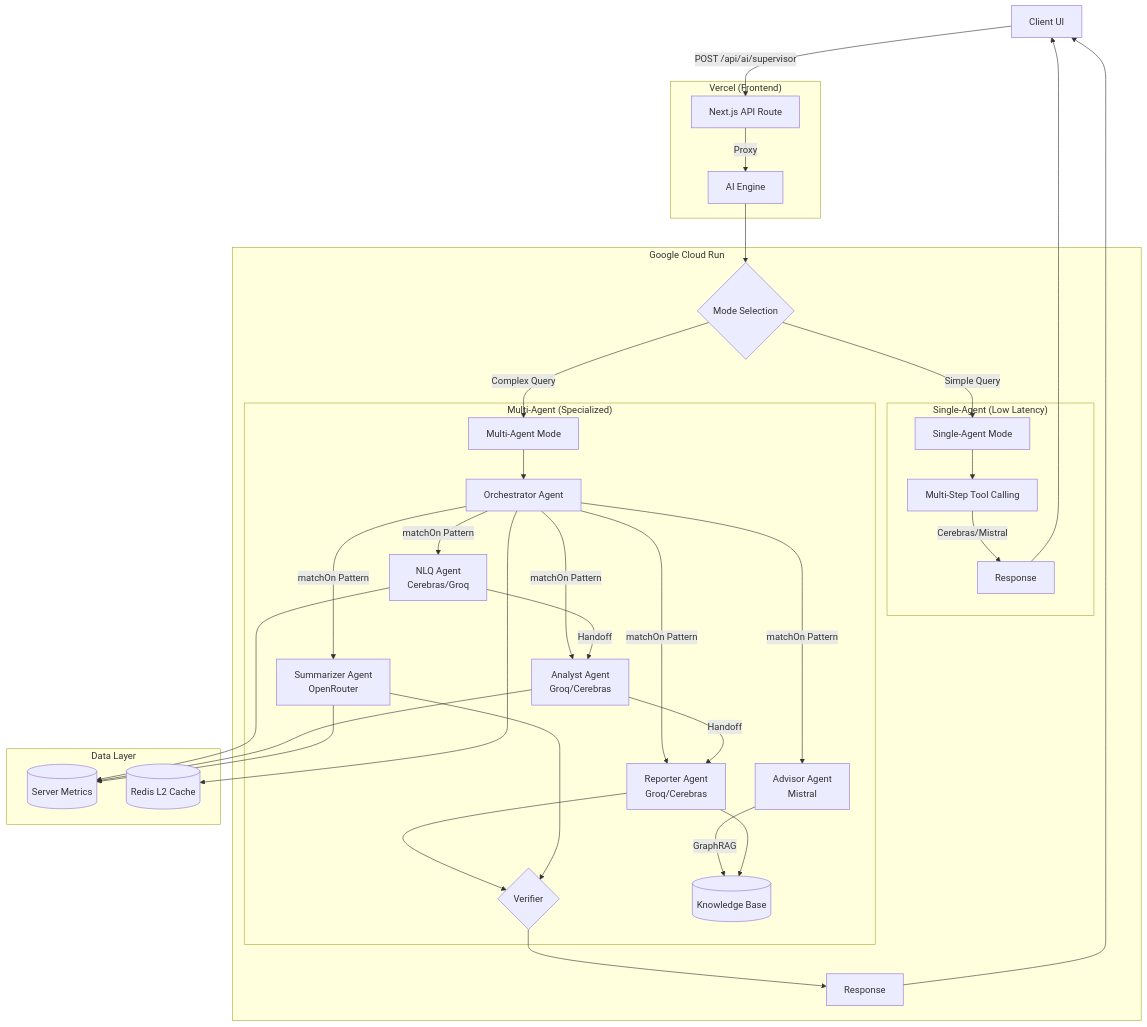
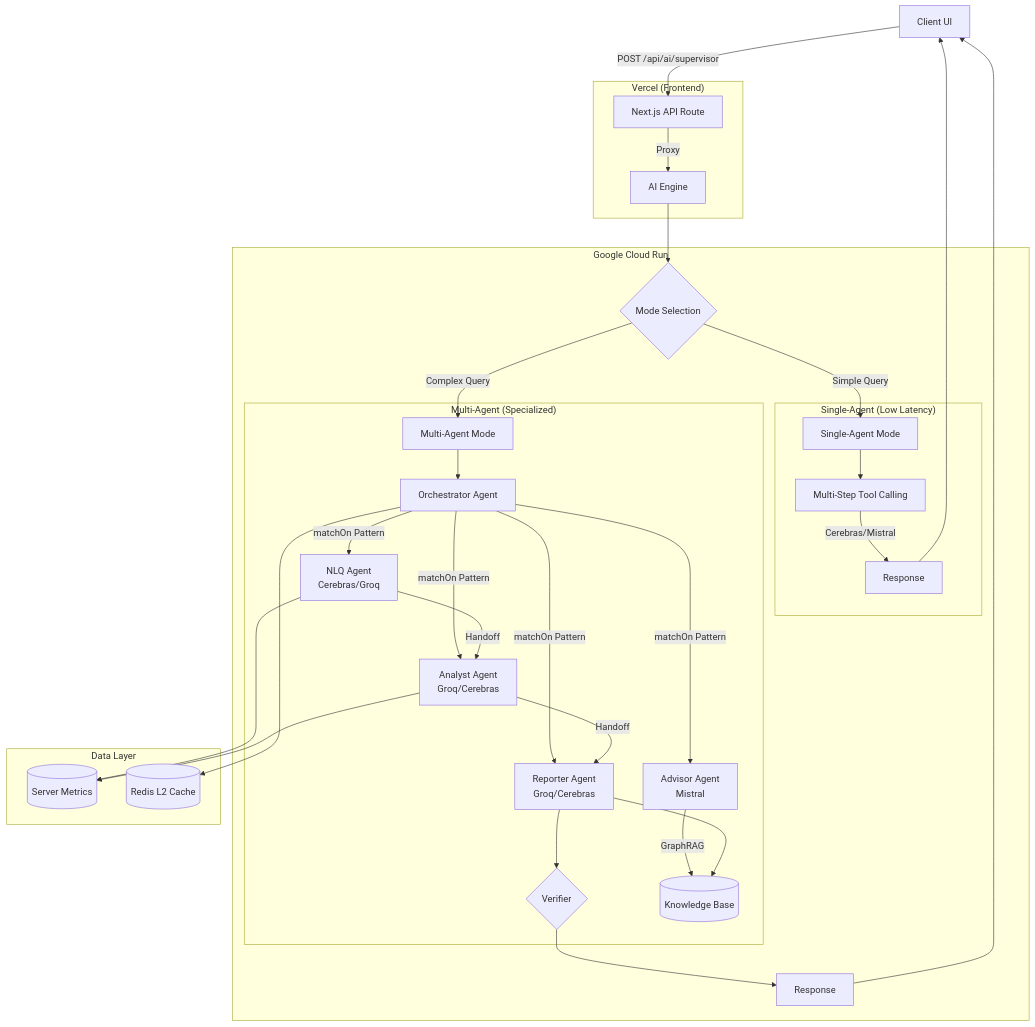
Before and after one commit to skyasu2/openmanager-vibe-v5: the first of 4 diagrams in docs/reference/architecture/ai/ai-engine-architecture.md, drawn with Mermaid. The commit also changed other lines of this file and 15 other files, not shown here.

````diff
--- a/docs/reference/architecture/ai/ai-engine-architecture.md
+++ b/docs/reference/architecture/ai/ai-engine-architecture.md
@@ -118,48 +116,45 @@
 ```mermaid
 graph TD
     Client[Client UI] -->|POST /api/ai/supervisor| API[Next.js API Route]
 
     subgraph "Vercel (Frontend)"
         API -->|Proxy| CloudRun
     end
 
     subgraph "Google Cloud Run"
         CloudRun[AI Engine] --> ModeSelect{Mode Selection}
 
         ModeSelect -->|Simple Query| SingleAgent[Single-Agent Mode]
         ModeSelect -->|Complex Query| MultiAgent[Multi-Agent Mode]
 
         subgraph "Single-Agent (Low Latency)"
             SingleAgent --> Tools[Multi-Step Tool Calling]
             Tools -->|Cerebras/Mistral| Response1[Response]
         end
 
         subgraph "Multi-Agent (Specialized)"
             MultiAgent --> Orchestrator[Orchestrator Agent]
             Orchestrator -->|matchOn Pattern| NLQ[NLQ Agent<br/>Cerebras/Groq]
             Orchestrator -->|matchOn Pattern| Analyst[Analyst Agent<br/>Groq/Cerebras]
             Orchestrator -->|matchOn Pattern| Reporter[Reporter Agent<br/>Groq/Cerebras]
             Orchestrator -->|matchOn Pattern| Advisor[Advisor Agent<br/>Mistral]
-            Orchestrator -->|matchOn Pattern| Summarizer[Summarizer Agent<br/>OpenRouter]
 
             NLQ -->|Handoff| Analyst
             Analyst -->|Handoff| Reporter
             Reporter --> Verifier{Verifier}
             Advisor -->|GraphRAG| RAG[(Knowledge Base)]
-            Summarizer --> Verifier
         end
 
         Verifier --> Response2[Response]
     end
 
     subgraph "Data Layer"
         NLQ --> Metrics[(Server Metrics)]
         Analyst --> Metrics
         Reporter --> RAG
-        Summarizer --> Metrics
         Orchestrator --> Cache[(Redis L2 Cache)]
     end
 
     Response1 --> Client
     Response2 --> Client
 ```
````
